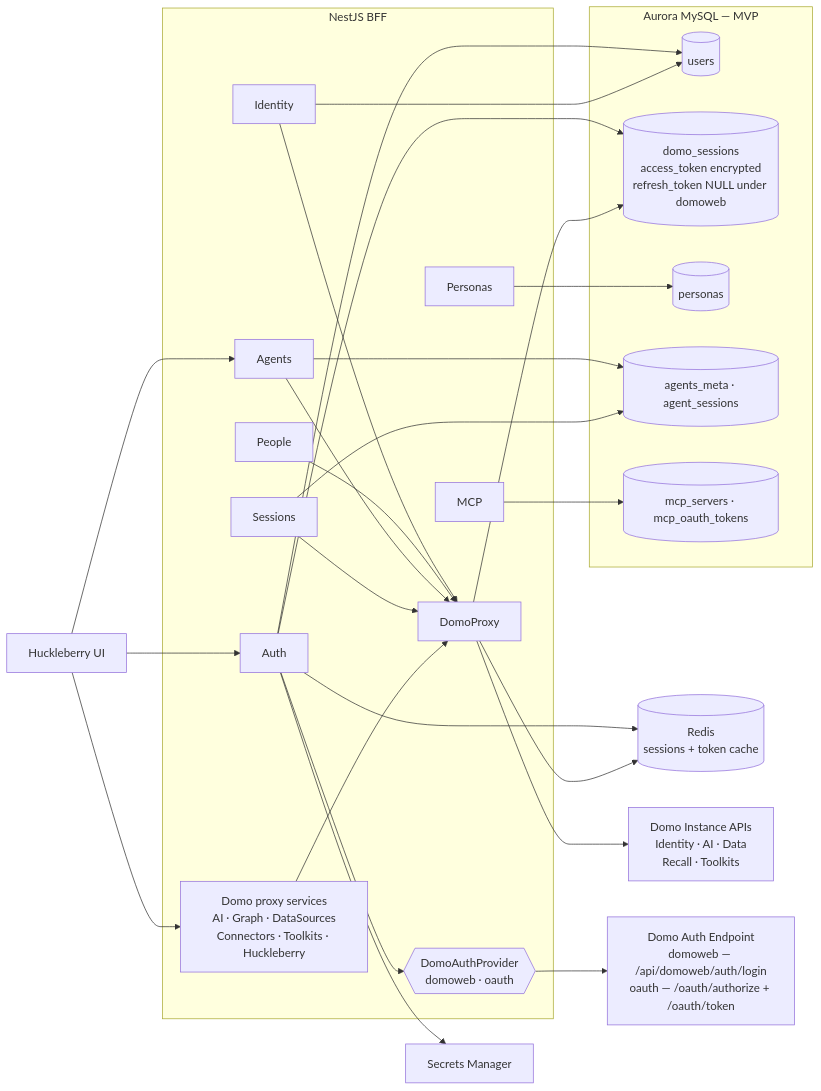
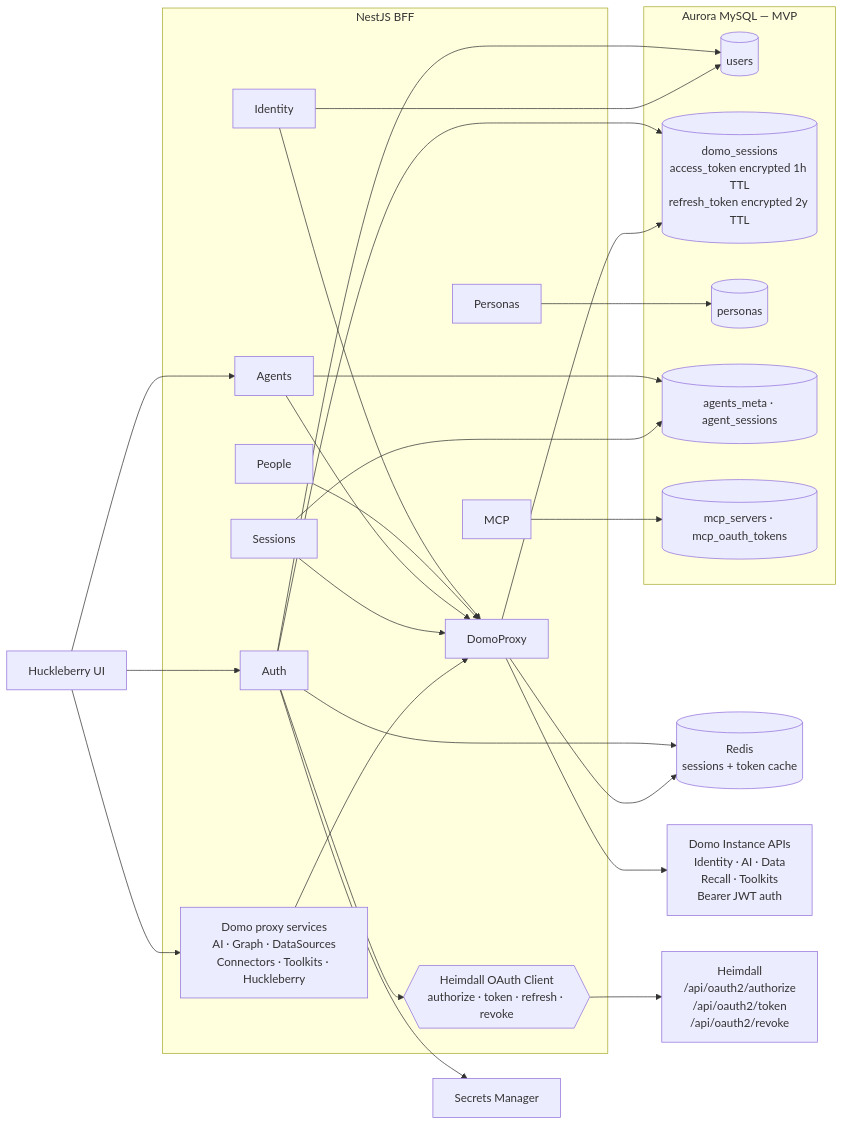
The diagram in docs/diagrams/auth-architecture.md (emmetuft/huckleberry-server), drawn with Mermaid before and after one commit. The commit also changed other lines of this file and 5 other files, not shown here.

First line of the commit message:
docs(diagrams): update auth flow to use Heimdall OAuth and retire old flows

````diff
--- a/docs/diagrams/auth-architecture.md
+++ b/docs/diagrams/auth-architecture.md
@@ -13,58 +13,58 @@
 ```mermaid
 graph LR
     UI[Huckleberry UI]
 
     subgraph "NestJS BFF"
         AUTH[Auth]
         IDENT[Identity]
         PEOPLE[People]
         PERS[Personas]
         AGENTS[Agents]
         SESS[Sessions]
         MCP[MCP]
         PROXY_SVCS[Domo proxy services<br/>AI · Graph · DataSources<br/>Connectors · Toolkits · Huckleberry]
         PROXY[DomoProxy]
-        PROVIDER{{DomoAuthProvider<br/>domoweb · oauth}}
+        HEIMDALL_CLIENT{{Heimdall OAuth Client<br/>authorize · token · refresh · revoke}}
     end
 
     subgraph "Aurora MySQL — MVP"
         T_USERS[(users)]
-        T_TOKENS[(domo_sessions<br/>access_token encrypted<br/>refresh_token NULL under domoweb)]
+        T_TOKENS[(domo_sessions<br/>access_token encrypted 1h TTL<br/>refresh_token encrypted 2y TTL)]
         T_PERSONAS[(personas)]
         T_AGENTS[(agents_meta · agent_sessions)]
         T_MCP[(mcp_servers · mcp_oauth_tokens)]
     end
 
     SM[Secrets Manager]
     REDIS[(Redis<br/>sessions + token cache)]
 
-    DOMO[Domo Instance APIs<br/>Identity · AI · Data<br/>Recall · Toolkits]
-    DOMO_AUTH["Domo Auth Endpoint<br/>domoweb — /api/domoweb/auth/login<br/>oauth — /oauth/authorize + /oauth/token"]
+    DOMO[Domo Instance APIs<br/>Identity · AI · Data<br/>Recall · Toolkits<br/>Bearer JWT auth]
+    HEIMDALL[Heimdall<br/>/api/oauth2/authorize<br/>/api/oauth2/token<br/>/api/oauth2/revoke]
 
     UI --> AUTH
     UI --> PROXY_SVCS
     UI --> AGENTS
 
     AUTH --> T_USERS
     AUTH --> T_TOKENS
     AUTH --> SM
     AUTH --> REDIS
-    AUTH --> PROVIDER
-    PROVIDER --> DOMO_AUTH
+    AUTH --> HEIMDALL_CLIENT
+    HEIMDALL_CLIENT --> HEIMDALL
 
     IDENT --> T_USERS
     PERS --> T_PERSONAS
     AGENTS --> T_AGENTS
     SESS --> T_AGENTS
     MCP --> T_MCP
 
     IDENT --> PROXY
     PEOPLE --> PROXY
     AGENTS --> PROXY
     SESS --> PROXY
     PROXY_SVCS --> PROXY
 
     PROXY --> T_TOKENS
     PROXY --> REDIS
     PROXY --> DOMO
 ```
````
